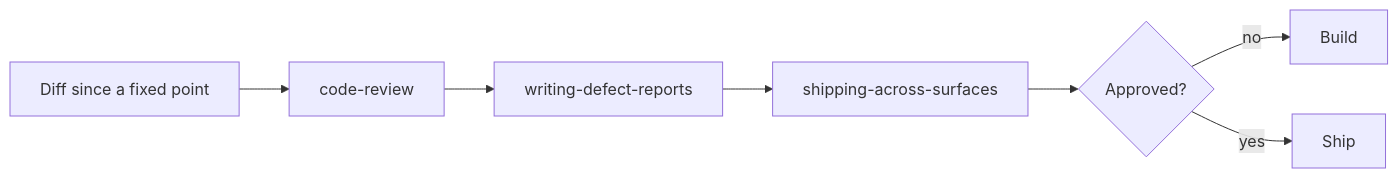
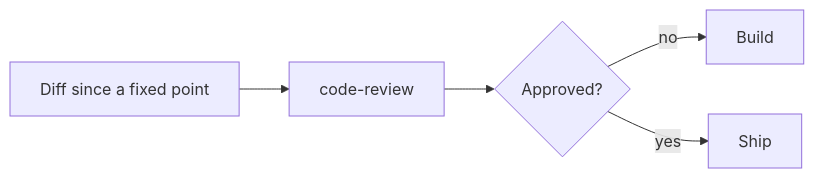
One commit to FAZuH/agent changed the seventh of 14 diagrams in docs/skill-guide.md. Above: the diagram before and after it, drawn with Mermaid. The commit also changed other lines of this file and 1 other file, not shown here.

````diff
--- a/docs/skill-guide.md
+++ b/docs/skill-guide.md
@@ -146,9 +141,7 @@
 ```mermaid
 flowchart LR
   D[Diff since a fixed point] --> S[code-review]
-  S --> W[writing-defect-reports]
-  W --> X[shipping-across-surfaces]
-  X --> A{Approved?}
+  S --> A{Approved?}
   A -->|no| B[Build]
   A -->|yes| S2[Ship]
 ```
````
